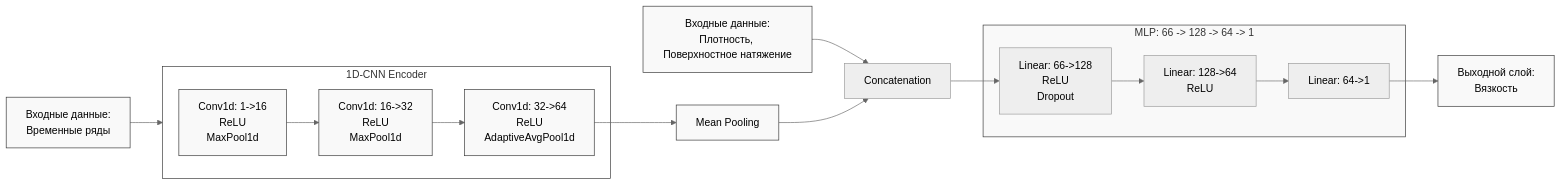
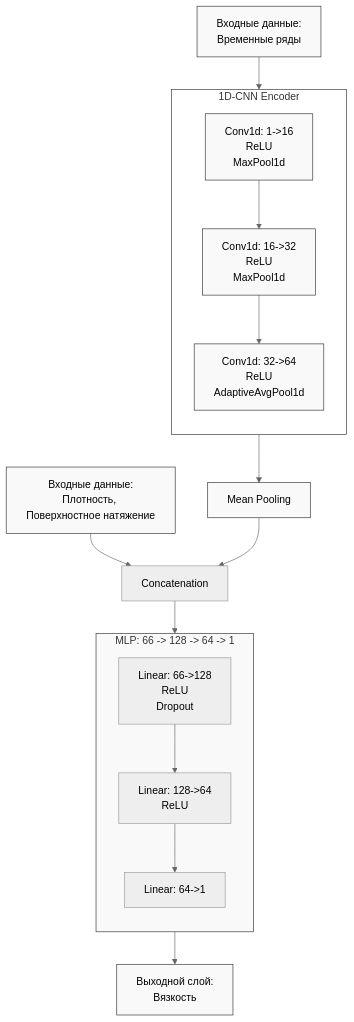
One commit to Stepaijio/goodagent changed the diagram in ML_Variant2_Analysis.md. Above: the diagram before and after it, drawn with Mermaid (neutral theme).

Commit message:
Update ML_Variant2_Analysis.md architecture diagram to vertical layout

````diff
--- a/ML_Variant2_Analysis.md
+++ b/ML_Variant2_Analysis.md
@@ -9,37 +9,40 @@
 ```mermaid
-graph LR
-    Input[Входные данные:<br/>Временные ряды] --> CNN[1D-CNN Encoder]
+graph TD
+    %% Входные данные
+    Input[Входные данные:<br/>Временные ряды] --> CNN
     Global[Входные данные:<br/>Плотность, Поверхностное натяжение] --> Concat
 
     subgraph CNN [1D-CNN Encoder]
+        direction TB
         C1[Conv1d: 1->16<br/>ReLU<br/>MaxPool1d]
         C2[Conv1d: 16->32<br/>ReLU<br/>MaxPool1d]
         C3[Conv1d: 32->64<br/>ReLU<br/>AdaptiveAvgPool1d]
         C1 --> C2 --> C3
     end
 
     C3 --> Pool[Mean Pooling]
     Pool --> Concat[Concatenation]
     
     subgraph MLP [MLP: 66 -> 128 -> 64 -> 1]
+        direction TB
         L1[Linear: 66->128<br/>ReLU<br/>Dropout]
         L2[Linear: 128->64<br/>ReLU]
         L3[Linear: 64->1]
         L1 --> L2 --> L3
     end
     
     Concat --> L1
     L3 --> Output[Выходной слой:<br/>Вязкость]
 
     %% Стилизация
     style CNN fill:#fff,stroke:#333
     style MLP fill:#fff,stroke:#333
     style Input fill:#f9f9f9,stroke:#333
     style Global fill:#f9f9f9,stroke:#333
     style Output fill:#f9f9f9,stroke:#333
     style C1 fill:#f9f9f9,stroke:#333
     style C2 fill:#f9f9f9,stroke:#333
     style C3 fill:#f9f9f9,stroke:#333
     style Pool fill:#f9f9f9,stroke:#333
     style MLP fill:#f9f9f9,stroke:#333
 ```
````
